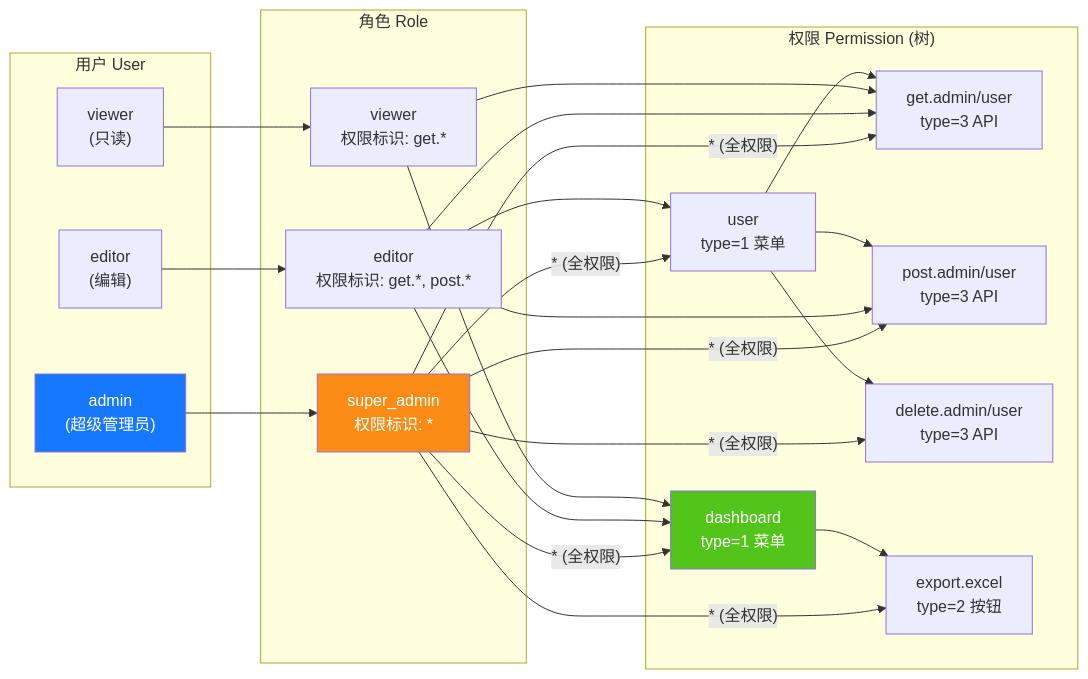
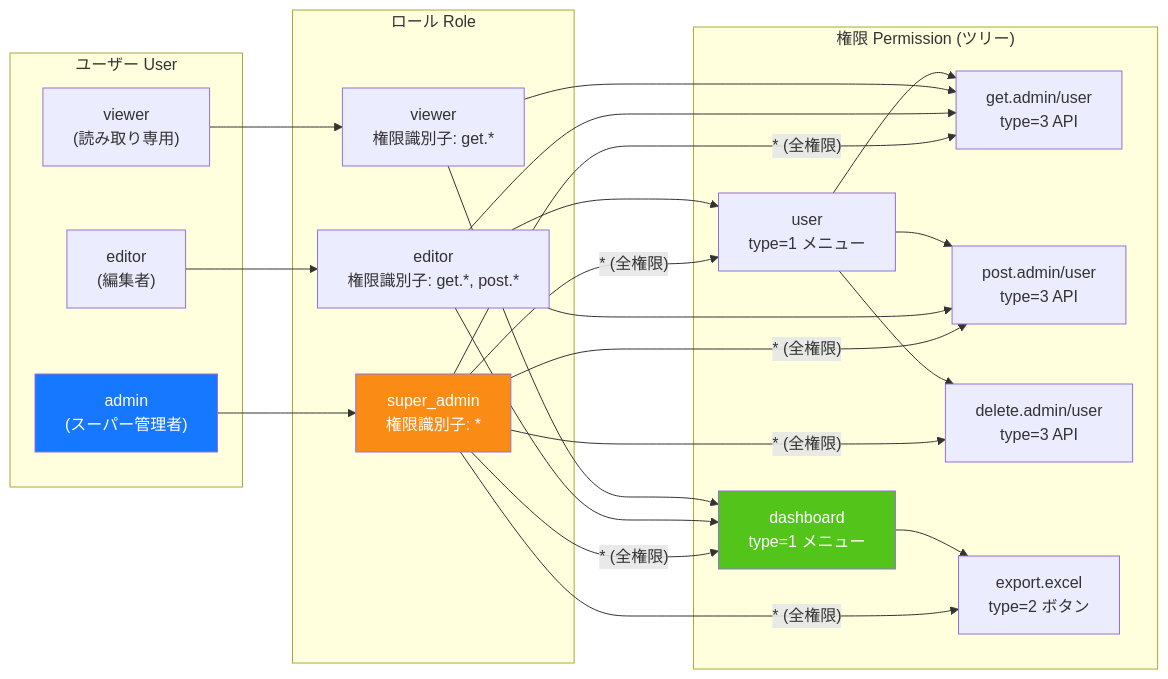
One commit to erikwang2013/game-platform-php changed the fifth of 14 diagrams in admin/docs/ARCHITECTURE.ja.md. Above: the diagram before and after it, drawn with Mermaid. The commit also changed other lines of this file and 211 other files, not shown here.

First line of the commit message:
fix: 支付配置读回类型根治、提现事件对账巡检，12 语族 mermaid 与 API 标签本地化

````diff
--- a/admin/docs/ARCHITECTURE.ja.md
+++ b/admin/docs/ARCHITECTURE.ja.md
@@ -283,38 +283,38 @@
 ```mermaid
 flowchart LR
-    subgraph "用户 User"
-        U1["admin<br/>(超级管理员)"]
-        U2["editor<br/>(编辑)"]
-        U3["viewer<br/>(只读)"]
+    subgraph "ユーザー User"
+        U1["admin<br/>(スーパー管理者)"]
+        U2["editor<br/>(編集者)"]
+        U3["viewer<br/>(読み取り専用)"]
     end
 
-    subgraph "角色 Role"
-        R1["super_admin<br/>权限标识: *"]
-        R2["editor<br/>权限标识: get.*, post.*"]
-        R3["viewer<br/>权限标识: get.*"]
+    subgraph "ロール Role"
+        R1["super_admin<br/>権限識別子: *"]
+        R2["editor<br/>権限識別子: get.*, post.*"]
+        R3["viewer<br/>権限識別子: get.*"]
     end
 
-    subgraph "权限 Permission (树)"
-        P1["dashboard<br/>type=1 菜单"]
-        P2["user<br/>type=1 菜单"]
+    subgraph "権限 Permission (ツリー)"
+        P1["dashboard<br/>type=1 メニュー"]
+        P2["user<br/>type=1 メニュー"]
         P3["get.admin/user<br/>type=3 API"]
         P4["post.admin/user<br/>type=3 API"]
         P5["delete.admin/user<br/>type=3 API"]
-        P6["export.excel<br/>type=2 按钮"]
+        P6["export.excel<br/>type=2 ボタン"]
     end
 
     U1 --> R1
     U2 --> R2
     U3 --> R3
 
-    R1 -->|"* (全权限)"| P1 & P2 & P3 & P4 & P5 & P6
+    R1 -->|"* (全権限)"| P1 & P2 & P3 & P4 & P5 & P6
     R2 --> P1 & P2 & P3 & P4
     R3 --> P1 & P3
 
     P2 --> P3 & P4 & P5
     P1 --> P6
 
     style U1 fill:#1677FF,color:#fff
     style R1 fill:#FA8C16,color:#fff
     style P1 fill:#52C41A,color:#fff
 ```
````
